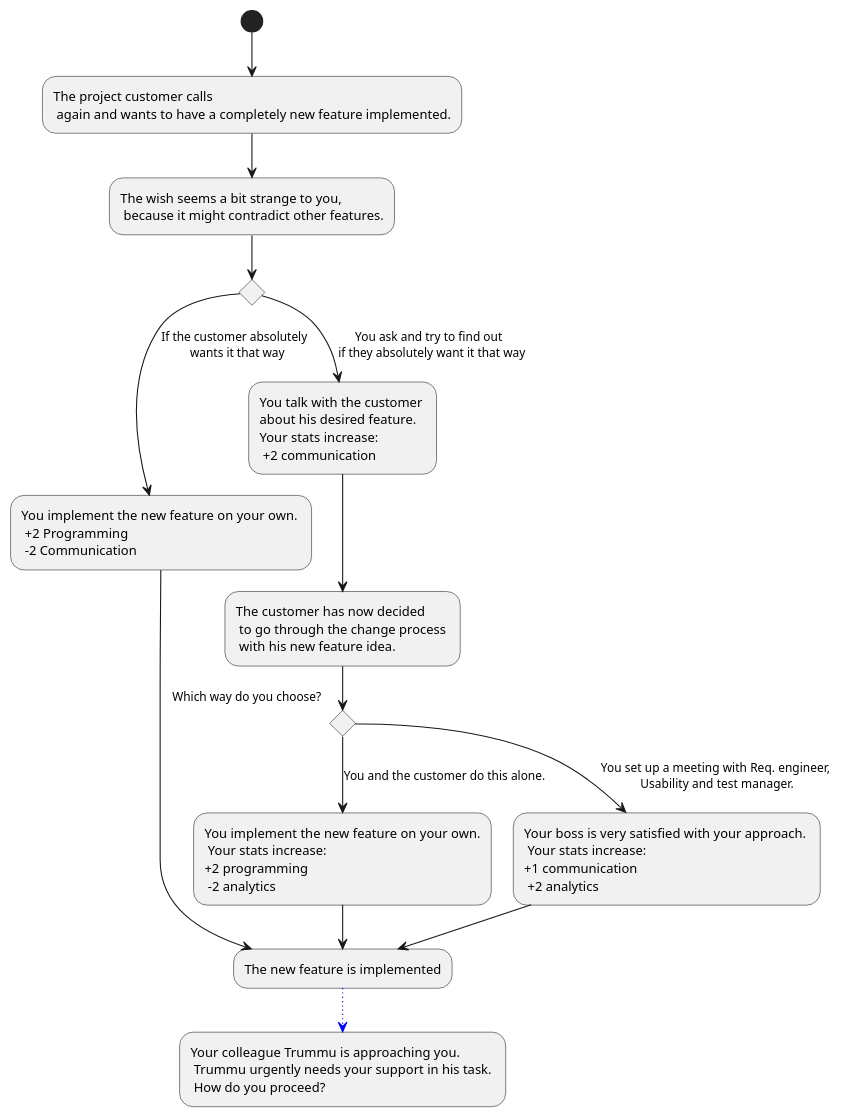
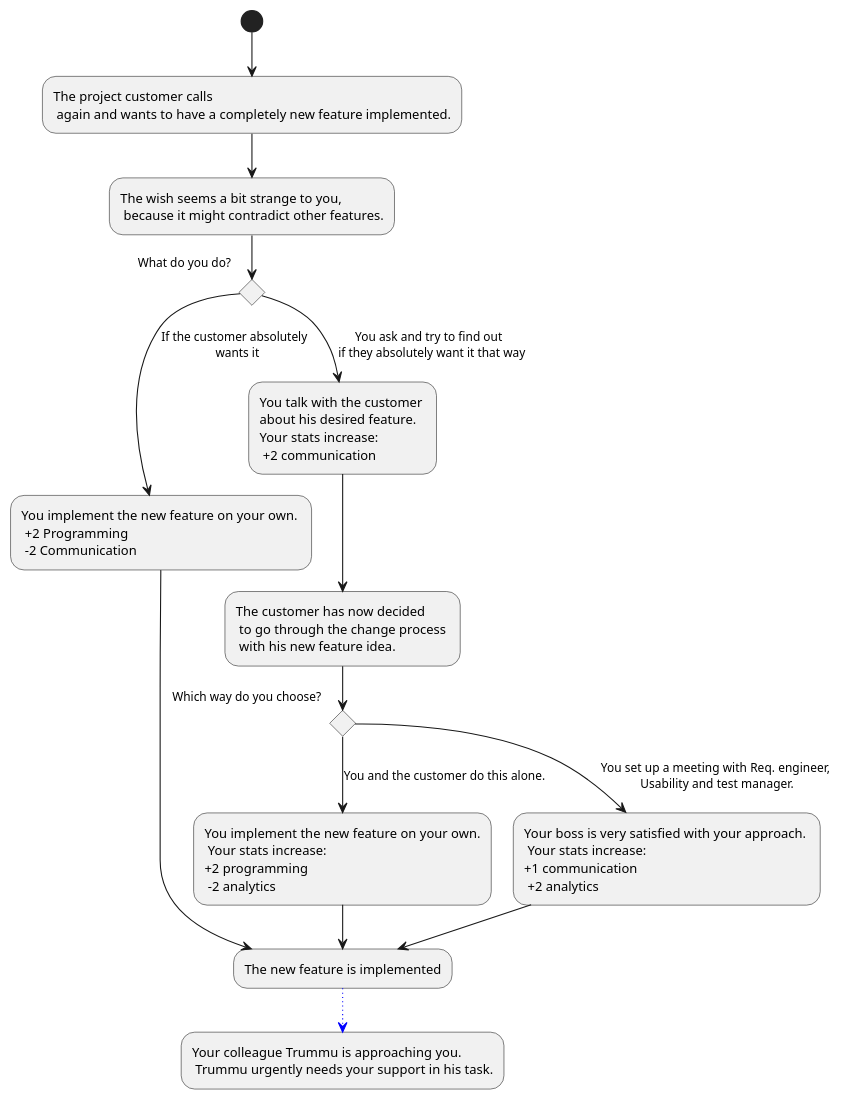
One commit to Brotenko/QualityQuest changed the diagram in Docs/Technical Specifications/docs/diagrams/StoryFlow/StoryFlow_Decision_12.puml. Above: the diagram before and after it, drawn with PlantUML. The commit also changed 6 other files, not shown here.

```diff
--- a/Docs/Technical Specifications/docs/diagrams/StoryFlow/StoryFlow_Decision_12.puml
+++ b/Docs/Technical Specifications/docs/diagrams/StoryFlow/StoryFlow_Decision_12.puml
@@ -1,20 +1,20 @@
 @startuml
 (*) --> "The project customer calls \n again and wants to have a completely new feature implemented."
 --> "The wish seems a bit strange to you, \n because it might contradict other features."
-if " " then
---> [If the customer absolutely \n wants it that way] "You implement the new feature on your own. \n +2 Programming \n -2 Communication" as c
+if "What do you do?" then
+--> [If the customer absolutely \n wants it] "You implement the new feature on your own. \n +2 Programming \n -2 Communication" as c
 else
 --> [You ask and try to find out \n if they absolutely want it that way] "You talk with the customer \nabout his desired feature. \nYour stats increase:\n +2 communication"
 endif
 'Vorbedingung: Nur wenn zuvor gewählt wurde, mit dem Kunden nochmal darüber zu reden!
 --> "The customer has now decided \n to go through the change process \n with his new feature idea."
 if "Which way do you choose?" then
 --> [You and the customer do this alone.] "You implement the new feature on your own.\n Your stats increase:\n+2 programming \n -2 analytics" as a
 else
 --> [You set up a meeting with Req. engineer, \nUsability and test manager.] "Your boss is very satisfied with your approach. \n Your stats increase: \n+1 communication \n +2 analytics" as b
 --> "The new feature is implemented" as fertig
 endif
 a --> fertig
 c --> fertig
--[#blue,dotted]-> "Your colleague Trummu is approaching you.\n Trummu urgently needs your support in his task. \n How do you proceed?"
+-[#blue,dotted]-> "Your colleague Trummu is approaching you.\n Trummu urgently needs your support in his task."
 @enduml
```
